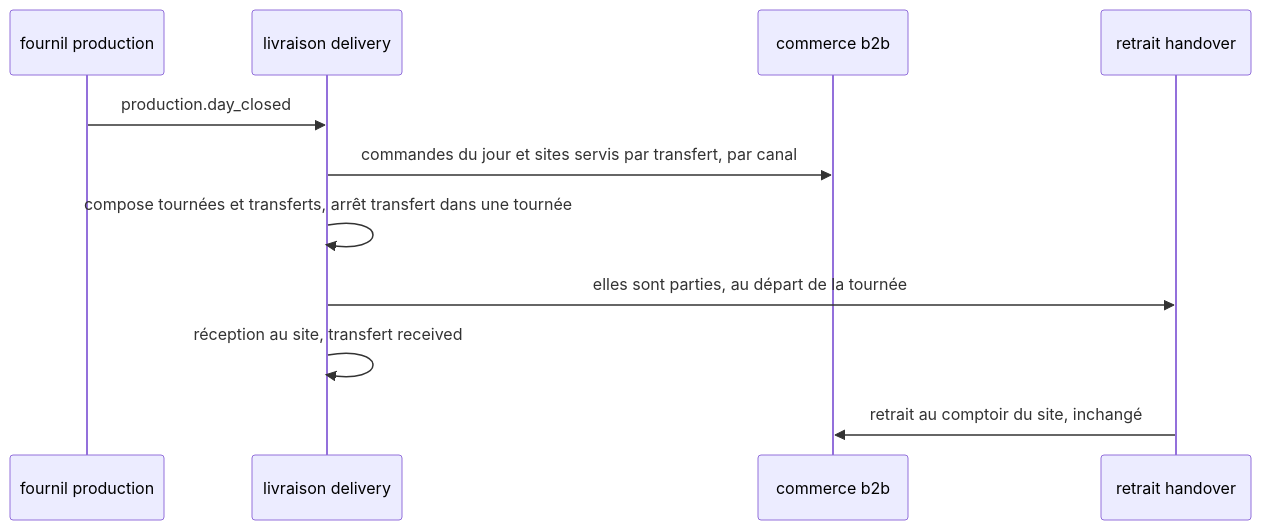
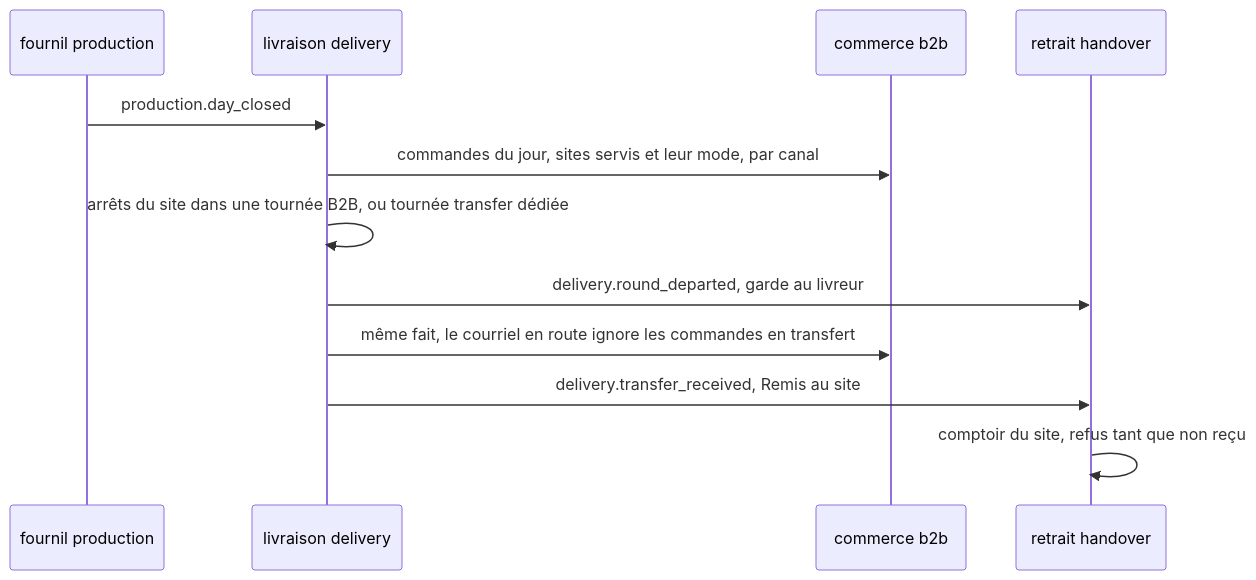
One commit to hugoheynard/lfd changed the second of 2 diagrams in documentation/livraisons/transferts/plan-sites-transfert-interne-tri-et-couleurs.md. Above: the diagram before and after it, drawn with Mermaid. The commit also changed other lines of this file and 1 other file, not shown here.

First line of the commit message:
docs(livraison): plan des sites corrigé — deux modes de transfert (intégré par défaut), comptoir qui refuse, droit lfc_sites

````diff
--- a/documentation/livraisons/transferts/plan-sites-transfert-interne-tri-et-couleurs.md
+++ b/documentation/livraisons/transferts/plan-sites-transfert-interne-tri-et-couleurs.md
@@ -477,13 +540,14 @@
 ```mermaid
 sequenceDiagram
   participant F as fournil production
   participant L as livraison delivery
   participant C as commerce b2b
   participant R as retrait handover
   F->>L: production.day_closed
-  L->>C: commandes du jour et sites servis par transfert, par canal
-  L->>L: compose tournées et transferts, arrêt transfert dans une tournée
-  L->>R: elles sont parties, au départ de la tournée
-  L->>L: réception au site, transfert received
-  R->>C: retrait au comptoir du site, inchangé
+  L->>C: commandes du jour, sites servis et leur mode, par canal
+  L->>L: arrêts du site dans une tournée B2B, ou tournée transfer dédiée
+  L->>R: delivery.round_departed, garde au livreur
+  L->>C: même fait, le courriel en route ignore les commandes en transfert
+  L->>R: delivery.transfer_received, Remis au site
+  R->>R: comptoir du site, refus tant que non reçu
 ```
````
